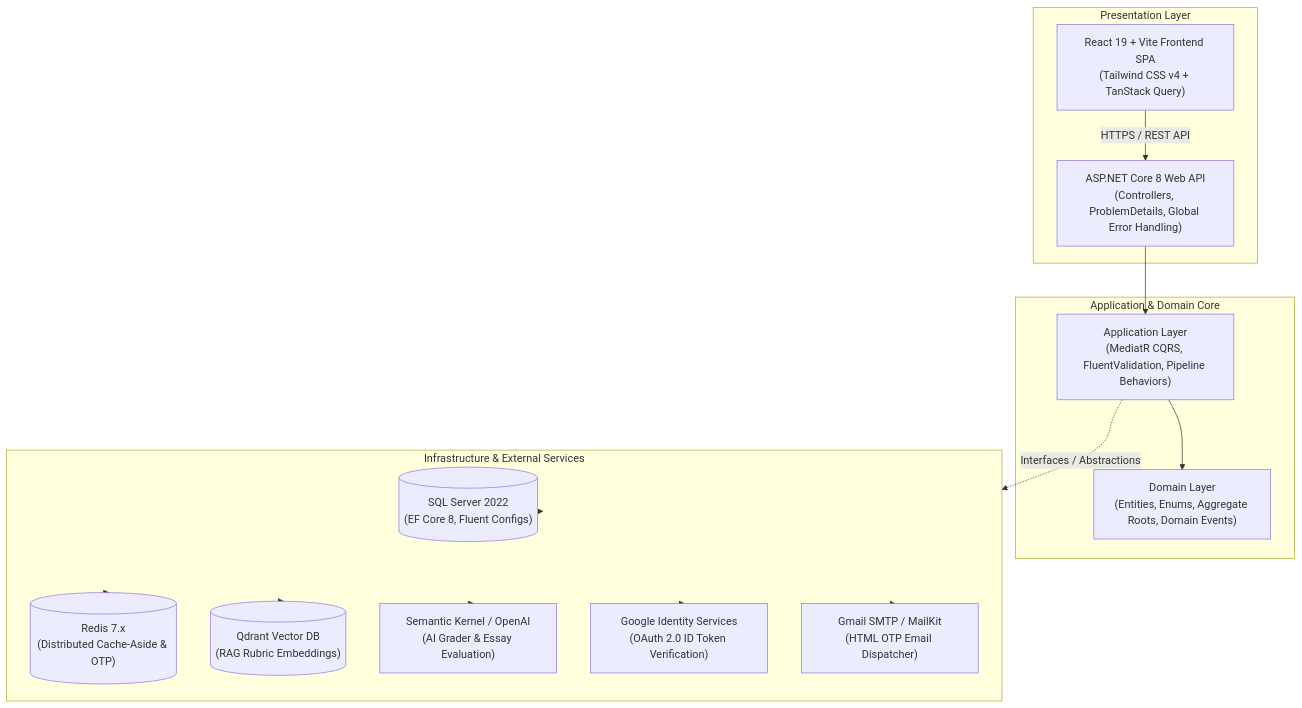
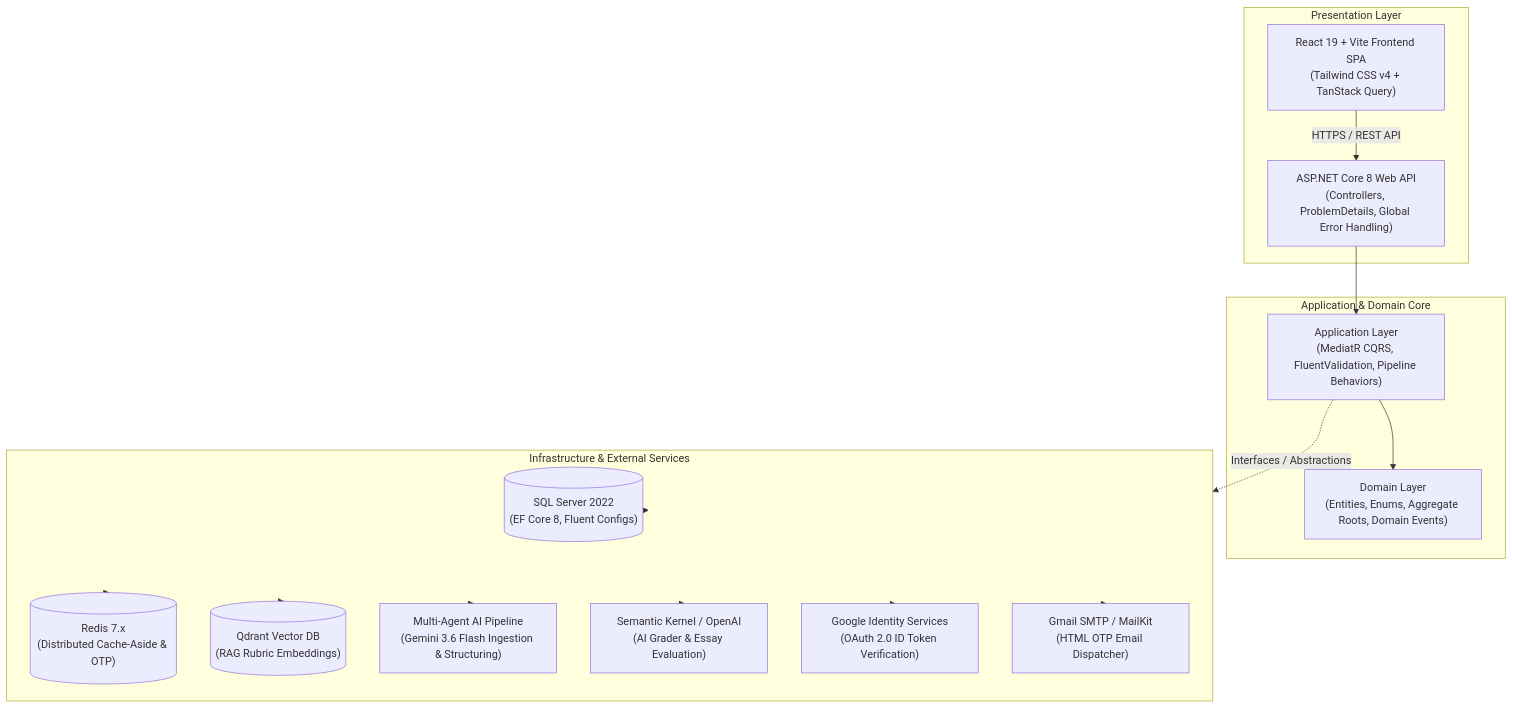
The diagram in README.md (nvmtamm/EduSphereIELTS), drawn with Mermaid before and after one commit. The commit also changed other lines of this file, not shown here.

Commit message:
docs: update README with Sprint 2 completion, Gemini 3.6 Flash Multi-Agent Ingestion, and 61/61 unit test matrix

````diff
--- a/README.md
+++ b/README.md
@@ -36,32 +36,34 @@
 ```mermaid
 graph TB
     subgraph Presentation ["Presentation Layer"]
         UI["React 19 + Vite Frontend SPA<br/>(Tailwind CSS v4 + TanStack Query)"]
         API["ASP.NET Core 8 Web API<br/>(Controllers, ProblemDetails, Global Error Handling)"]
     end
 
     subgraph Core ["Application & Domain Core"]
         App["Application Layer<br/>(MediatR CQRS, FluentValidation, Pipeline Behaviors)"]
         Domain["Domain Layer<br/>(Entities, Enums, Aggregate Roots, Domain Events)"]
     end
 
     subgraph Infrastructure ["Infrastructure & External Services"]
         SQL[("SQL Server 2022<br/>(EF Core 8, Fluent Configs)")]
         Redis[("Redis 7.x<br/>(Distributed Cache-Aside & OTP)")]
         Qdrant[("Qdrant Vector DB<br/>(RAG Rubric Embeddings)")]
+        MultiAgent["Multi-Agent AI Pipeline<br/>(Gemini 3.6 Flash Ingestion & Structuring)"]
         SemanticKernel["Semantic Kernel / OpenAI<br/>(AI Grader & Essay Evaluation)"]
         GoogleAuth["Google Identity Services<br/>(OAuth 2.0 ID Token Verification)"]
         SMTP["Gmail SMTP / MailKit<br/>(HTML OTP Email Dispatcher)"]
     end
 
     UI -->|"HTTPS / REST API"| API
     API --> App
     App --> Domain
     App -.->|"Interfaces / Abstractions"| Infrastructure
     Infrastructure --> SQL
     Infrastructure --> Redis
     Infrastructure --> Qdrant
+    Infrastructure --> MultiAgent
     Infrastructure --> SemanticKernel
     Infrastructure --> GoogleAuth
     Infrastructure --> SMTP
 ```
````
